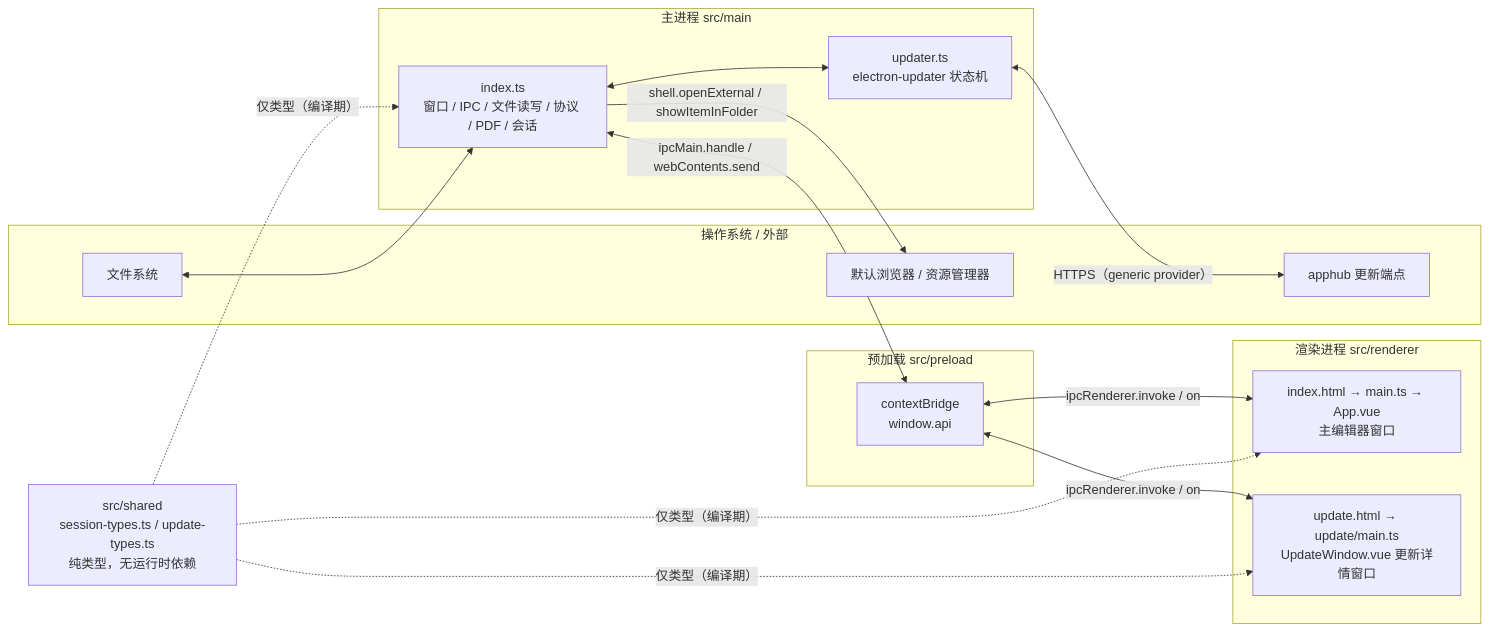
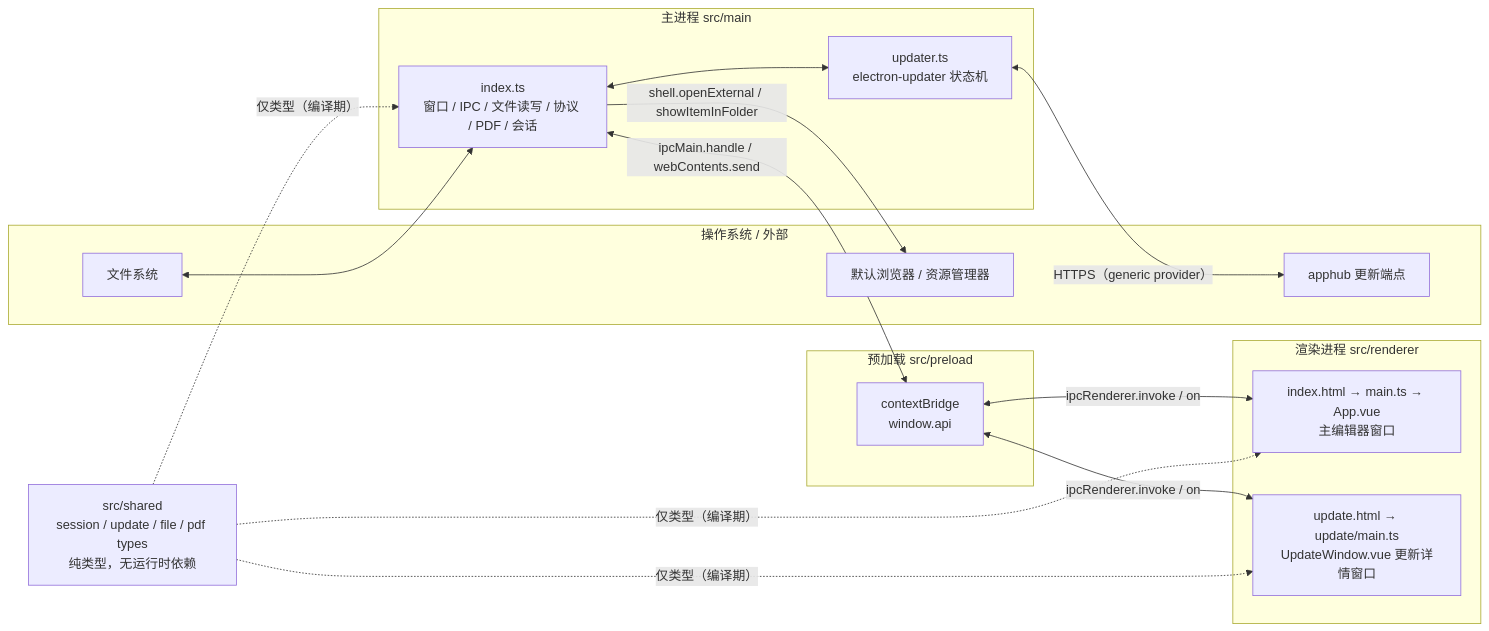
One commit to Harley-xk/mark-it changed the first of 5 diagrams in docs/架构总览.md. Above: the diagram before and after it, drawn with Mermaid. The commit also changed other lines of this file and 47 other files, not shown here.

````diff
--- a/docs/架构总览.md
+++ b/docs/架构总览.md
@@ -61,35 +61,35 @@
 ```mermaid
 flowchart LR
   subgraph OS["操作系统 / 外部"]
     FS["文件系统"]
     SHELL["默认浏览器 / 资源管理器"]
     APPHUB["apphub 更新端点"]
   end
 
   subgraph MAIN["主进程 src/main"]
     MI["index.ts<br/>窗口 / IPC / 文件读写 / 协议 / PDF / 会话"]
     MU["updater.ts<br/>electron-updater 状态机"]
   end
 
   subgraph PRELOAD["预加载 src/preload"]
     PA["contextBridge<br/>window.api"]
   end
 
   subgraph RENDERER["渲染进程 src/renderer"]
     R1["index.html → main.ts → App.vue<br/>主编辑器窗口"]
     R2["update.html → update/main.ts<br/>UpdateWindow.vue 更新详情窗口"]
   end
 
-  SHARED["src/shared<br/>session-types.ts / update-types.ts<br/>纯类型，无运行时依赖"]
+  SHARED["src/shared<br/>session / update / file / pdf types<br/>纯类型，无运行时依赖"]
 
   FS <--> MI
   MI <--> MU
   MI <-->|"ipcMain.handle / webContents.send"| PA
   PA <-->|"ipcRenderer.invoke / on"| R1
   PA <-->|"ipcRenderer.invoke / on"| R2
   MU <-->|"HTTPS（generic provider）"| APPHUB
   MI -->|"shell.openExternal / showItemInFolder"| SHELL
   SHARED -.->|"仅类型（编译期）"| MI
   SHARED -.->|"仅类型（编译期）"| R1
   SHARED -.->|"仅类型（编译期）"| R2
 ```
````
